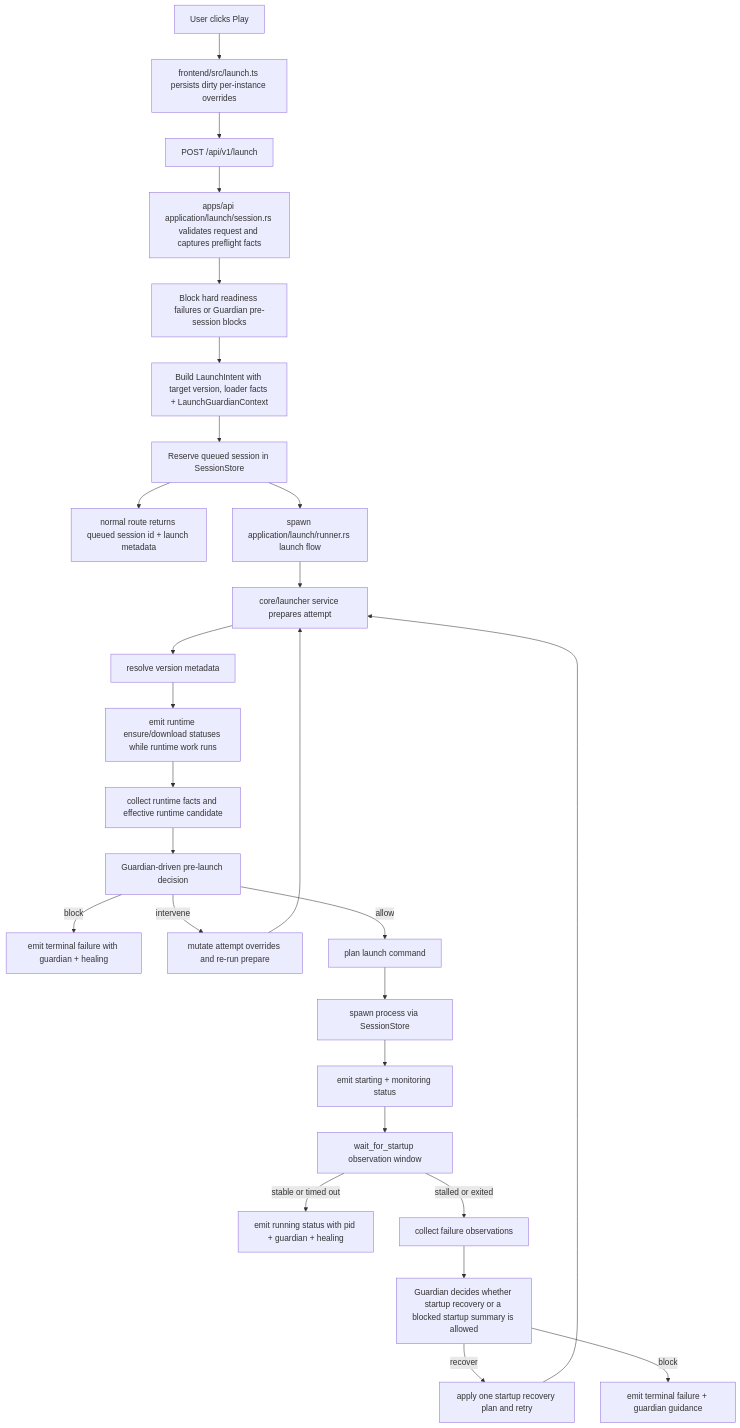
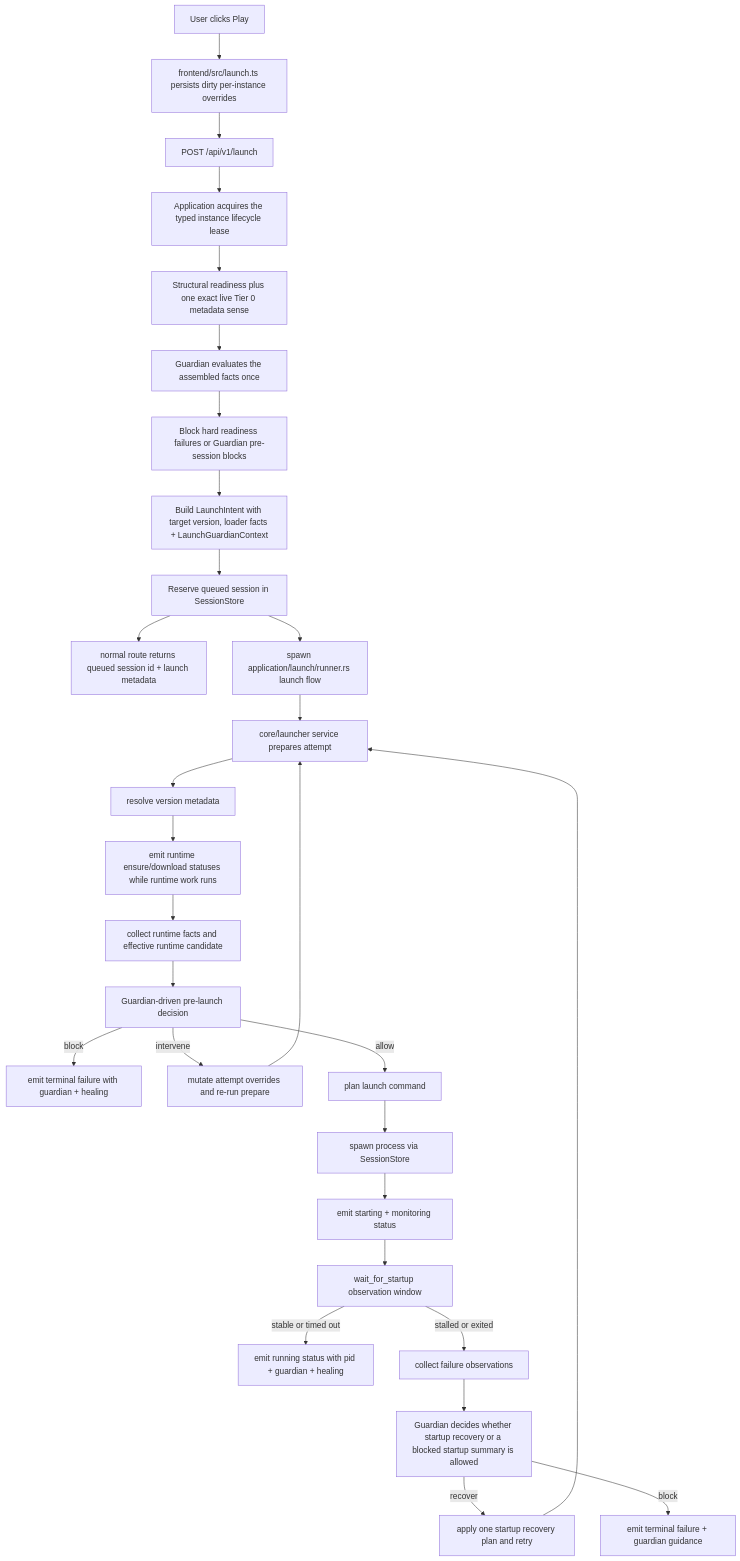
The second of 9 diagrams in docs/ARCHITECTURE.md (killedoxygen/axial), drawn with Mermaid before and after one commit. The commit also changed other lines of this file and 60 other files, not shown here.

Commit message:
feat(guardian): add tier-zero integrity sensing

````diff
--- a/docs/ARCHITECTURE.md
+++ b/docs/ARCHITECTURE.md
@@ -129,29 +129,31 @@
 ```mermaid
 flowchart TD
     A[User clicks Play] --> B[frontend/src/launch.ts persists dirty per-instance overrides]
     B --> C[POST /api/v1/launch]
-    C --> D[apps/api application/launch/session.rs validates request and captures preflight facts]
-    D --> E[Block hard readiness failures or Guardian pre-session blocks]
+    C --> D[Application acquires the typed instance lifecycle lease]
+    D --> D1[Structural readiness plus one exact live Tier 0 metadata sense]
+    D1 --> D2[Guardian evaluates the assembled facts once]
+    D2 --> E[Block hard readiness failures or Guardian pre-session blocks]
     E --> F[Build LaunchIntent with target version, loader facts + LaunchGuardianContext]
     F --> G[Reserve queued session in SessionStore]
     G --> H[normal route returns queued session id + launch metadata]
     G --> I[spawn application/launch/runner.rs launch flow]
     I --> J[core/launcher service prepares attempt]
     J --> K[resolve version metadata]
     K --> L[emit runtime ensure/download statuses while runtime work runs]
     L --> M[collect runtime facts and effective runtime candidate]
     M --> N[Guardian-driven pre-launch decision]
     N -->|block| O[emit terminal failure with guardian + healing]
     N -->|intervene| P[mutate attempt overrides and re-run prepare]
     N -->|allow| Q[plan launch command]
     P --> J
     Q --> R[spawn process via SessionStore]
     R --> S[emit starting + monitoring status]
     S --> T[wait_for_startup observation window]
     T -->|stable or timed out| U[emit running status with pid + guardian + healing]
     T -->|stalled or exited| V[collect failure observations]
     V --> W[Guardian decides whether startup recovery or a blocked startup summary is allowed]
     W -->|recover| X[apply one startup recovery plan and retry]
     W -->|block| Y[emit terminal failure + guardian guidance]
     X --> J
 ```
````
